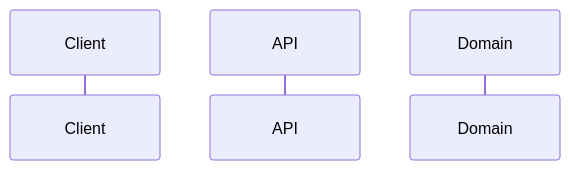
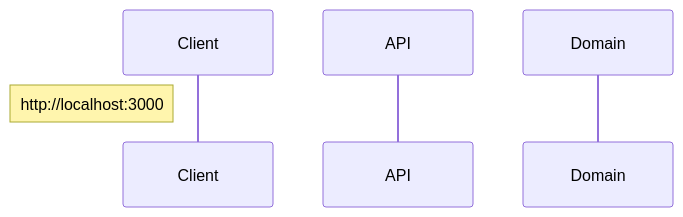
The first of 3 diagrams in ARCHITECTURE.md (stijnlinderman/eldorado), drawn with Mermaid before and after one commit.

````diff
--- a/ARCHITECTURE.md
+++ b/ARCHITECTURE.md
@@ -4,6 +4,7 @@
 ```mermaid
 sequenceDiagram
     participant Client
     participant API
     participant Domain
+    Note left of Client: http://localhost:3000
 ```
````
